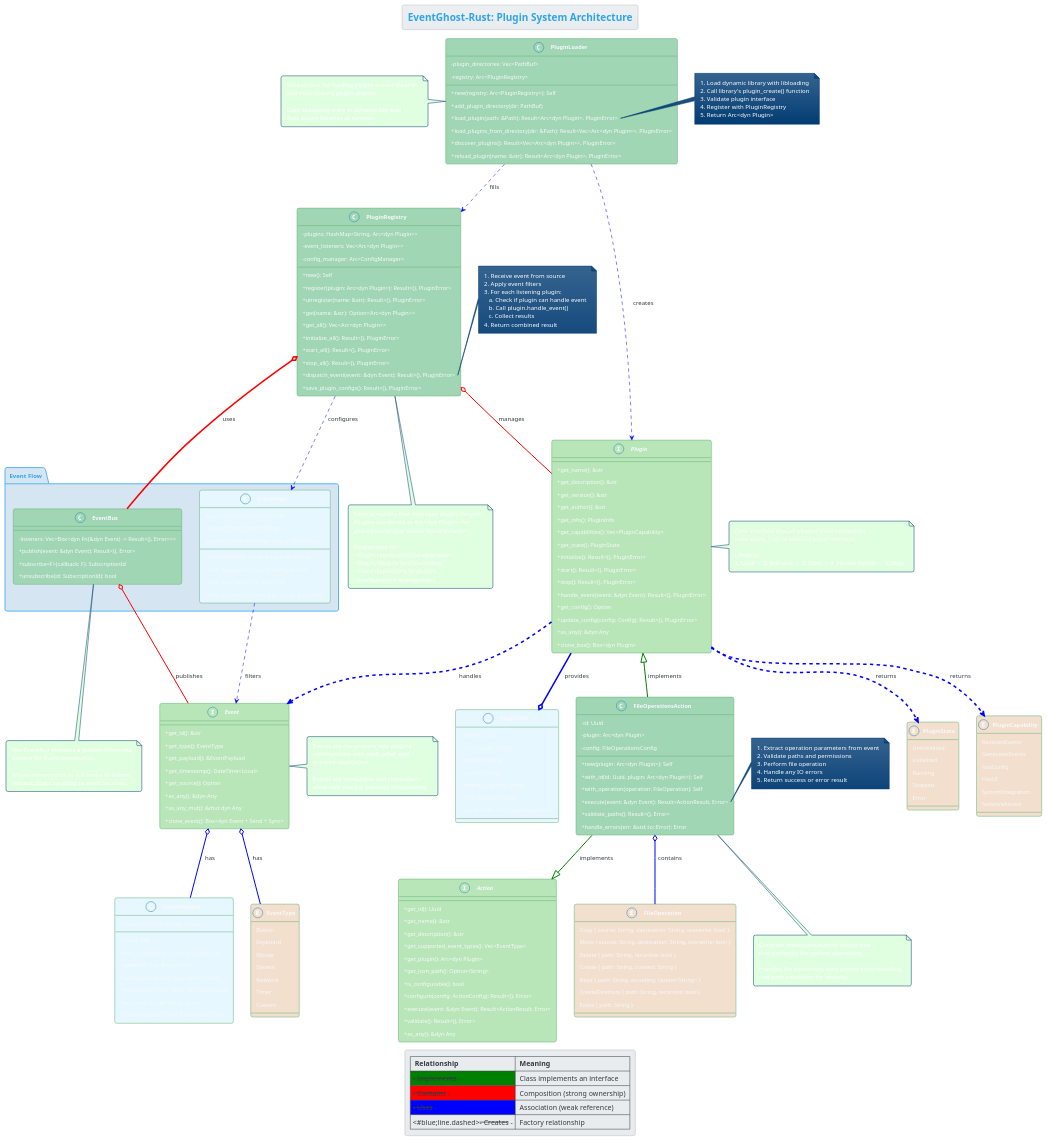
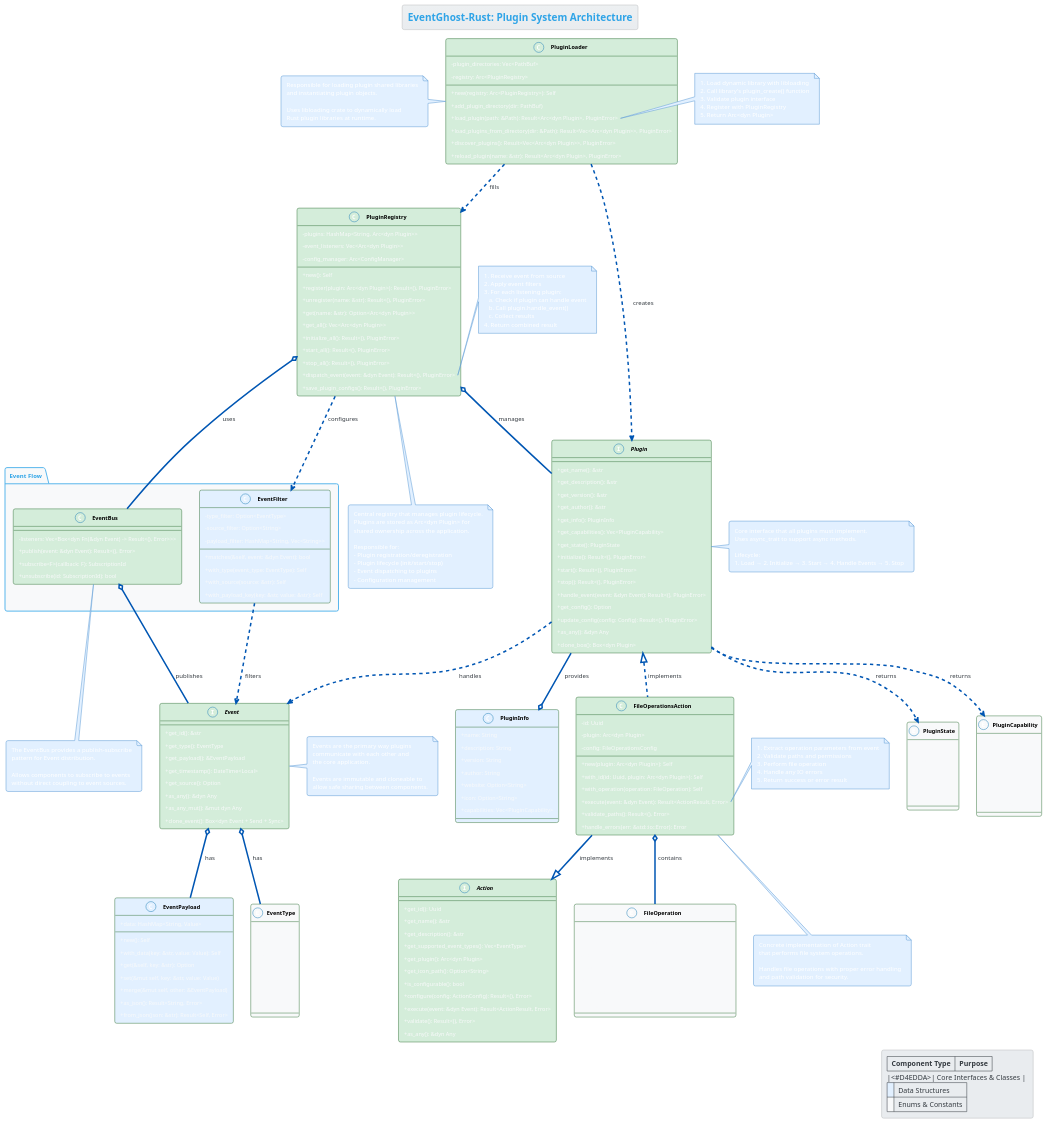
The diagram in docs/uml/plugin_system.puml (DanEdens/EventGhost-Rust), drawn with PlantUML before and after one commit. The commit also changed 3 other files, not shown here.

Commit message:
Improve UML diagram color schemes for better readability

```diff
--- a/docs/uml/plugin_system.puml
+++ b/docs/uml/plugin_system.puml
@@ -2,12 +2,18 @@
 !theme cerulean
 skinparam classAttributeIconSize 0
 skinparam classFontStyle bold
-skinparam classBackgroundColor #FEFEFE
-skinparam classBorderColor #63B175
-skinparam InterfaceBackgroundColor #B8E6B8
-skinparam EnumBackgroundColor #F2DFCE
-skinparam ArrowColor #0066CC
-skinparam packageBackgroundColor #F5F5F5
+skinparam classBackgroundColor #FFFFFF
+skinparam classBorderColor #3D7944
+skinparam InterfaceBackgroundColor #D4EDDA
+skinparam EnumBackgroundColor #F8F9FA
+skinparam ArrowColor #0056B3
+skinparam packageBackgroundColor #FFFFFF
+skinparam NoteBackgroundColor #E2F0FF
+skinparam NoteBorderColor #5B9BD5
+skinparam NoteTextColor #000000
+skinparam ClassFontColor #000000
+skinparam stereotypeCBackgroundColor #F8F9FA
+skinparam stereotypeCBorderColor #5B9BD5
 
 ' Plugin System architecture of the EventGhost-Rust project
 
@@ -15,7 +21,7 @@
 
 ' Define main components of the plugin system
 
-interface Plugin #B8E6B8 {
+interface Plugin #D4EDDA {
   +get_name(): &str
   +get_description(): &str
   +get_version(): &str
@@ -33,7 +39,7 @@
   +clone_box(): Box<dyn Plugin>
 }
 
-enum PluginState #F2DFCE {
+enum PluginState #F8F9FA {
   Uninitialized
   Initialized
   Running
@@ -41,7 +47,7 @@
   Error
 }
 
-enum PluginCapability #F2DFCE {
+enum PluginCapability #F8F9FA {
   ReceivesEvents
   GeneratesEvents
   HasConfig
@@ -50,7 +56,7 @@
   NetworkAccess
 }
 
-class PluginInfo #E6F7FF {
+class PluginInfo #E2F0FF {
   +name: String
   +description: String
   +version: String
@@ -60,7 +66,7 @@
   +capabilities: Vec<PluginCapability>
 }
 
-class PluginRegistry #A0D6B4 {
+class PluginRegistry #D4EDDA {
   -plugins: HashMap<String, Arc<dyn Plugin>>
   -event_listeners: Vec<Arc<dyn Plugin>>
   -config_manager: Arc<ConfigManager>
@@ -76,7 +82,7 @@
   +save_plugin_configs(): Result<(), PluginError>
 }
 
-class PluginLoader #A0D6B4 {
+class PluginLoader #D4EDDA {
   -plugin_directories: Vec<PathBuf>
   -registry: Arc<PluginRegistry>
   +new(registry: Arc<PluginRegistry>): Self
@@ -87,7 +93,7 @@
   +reload_plugin(name: &str): Result<Arc<dyn Plugin>, PluginError>
 }
 
-interface Event #B8E6B8 {
+interface Event #D4EDDA {
   +get_id(): &str
   +get_type(): EventType
   +get_payload(): &EventPayload
@@ -98,7 +104,7 @@
   +clone_event(): Box<dyn Event + Send + Sync>
 }
 
-interface Action #B8E6B8 {
+interface Action #D4EDDA {
   +get_id(): Uuid
   +get_name(): &str
   +get_description(): &str
@@ -112,7 +118,7 @@
   +as_any(): &dyn Any
 }
 
-class EventPayload #E6F7FF {
+class EventPayload #E2F0FF {
   +data: HashMap<String, Value>
   +new(): Self
   +with_data(key: &str, value: Value): Self
@@ -123,7 +129,7 @@
   +from_json(json: &str): Result<Self, Error>
 }
 
-enum EventType #F2DFCE {
+enum EventType #F8F9FA {
   Button
   Keyboard
   Mouse
@@ -133,7 +139,7 @@
   Custom
 }
 
-class FileOperationsAction #A0D6B4 {
+class FileOperationsAction #D4EDDA {
   -id: Uuid
   -plugin: Arc<dyn Plugin>
   -config: FileOperationsConfig
@@ -145,7 +151,7 @@
   +handle_errors(err: &std::io::Error): Error
 }
 
-enum FileOperation #F2DFCE {
+enum FileOperation #F8F9FA {
   Copy { source: String, destination: String, overwrite: bool }
   Move { source: String, destination: String, overwrite: bool }
   Delete { path: String, recursive: bool }
@@ -155,15 +161,15 @@
   Exists { path: String }
 }
 
-package "Event Flow" as EventFlow #D5E5F2 {
-    class EventBus #A0D6B4 {
+package "Event Flow" as EventFlow #F8F9FA {
+    class EventBus #D4EDDA {
         -listeners: Vec<Box<dyn Fn(&dyn Event) -> Result<(), Error>>>
         +publish(event: &dyn Event): Result<(), Error>
         +subscribe<F>(callback: F): SubscriptionId
         +unsubscribe(id: SubscriptionId): bool
     }
     
-    class EventFilter #E6F7FF {
+    class EventFilter #E2F0FF {
         -type_filter: Option<EventType>
         -source_filter: Option<String>
         -payload_filter: HashMap<String, Vec<String>>
@@ -175,31 +181,31 @@
 }
 
 ' Define relationships
-Plugin <|.. FileOperationsAction #line:green;line.bold : implements
+Plugin <|.. FileOperationsAction : implements
 
-FileOperationsAction --|> Action #line:green;line.bold : implements
-FileOperationsAction o-- FileOperation #line:blue;line.bold : contains
+FileOperationsAction --|> Action : implements
+FileOperationsAction o-- FileOperation : contains
 
-PluginRegistry o-- Plugin #line:red;line.bold : manages
-PluginLoader ..> Plugin #line:blue;line.dashed : creates
-PluginLoader ..> PluginRegistry #line:blue;line.dashed : fills
+PluginRegistry o-- Plugin : manages
+PluginLoader ..> Plugin : creates
+PluginLoader ..> PluginRegistry : fills
 
-Plugin ..> Event #line:blue : handles
-Plugin --o PluginInfo #line:blue : provides
-Plugin ..> PluginState #line:blue : returns
-Plugin ..> PluginCapability #line:blue : returns
+Plugin ..> Event : handles
+Plugin --o PluginInfo : provides
+Plugin ..> PluginState : returns
+Plugin ..> PluginCapability : returns
 
-Event o-- EventType #line:blue;line.bold : has
-Event o-- EventPayload #line:blue;line.bold : has
+Event o-- EventType : has
+Event o-- EventPayload : has
 
-EventFlow.EventBus o-- Event #line:red;line.bold : publishes
-EventFlow.EventFilter ..> Event #line:blue;line.dashed : filters
+EventFlow.EventBus o-- Event : publishes
+EventFlow.EventFilter ..> Event : filters
 
-PluginRegistry o-- EventFlow.EventBus #line:red : uses
-PluginRegistry ..> EventFlow.EventFilter #line:blue;line.dashed : configures
+PluginRegistry o-- EventFlow.EventBus : uses
+PluginRegistry ..> EventFlow.EventFilter : configures
 
 ' Sequence diagrams and process flows
-note right of PluginRegistry::dispatch_event
+note right of PluginRegistry::dispatch_event #E2F0FF
   1. Receive event from source
   2. Apply event filters
   3. For each listening plugin:
@@ -209,7 +215,7 @@
   4. Return combined result
 end note
 
-note right of PluginLoader::load_plugin
+note right of PluginLoader::load_plugin #E2F0FF
   1. Load dynamic library with libloading
   2. Call library's plugin_create() function
   3. Validate plugin interface
@@ -217,7 +223,7 @@
   5. Return Arc<dyn Plugin>
 end note
 
-note right of FileOperationsAction::execute
+note right of FileOperationsAction::execute #E2F0FF
   1. Extract operation parameters from event
   2. Validate paths and permissions
   3. Perform file operation
@@ -226,7 +232,7 @@
 end note
 
 ' Notes
-note right of Plugin #E0FFE0
+note right of Plugin #E2F0FF
   Core interface that all plugins must implement.
   Uses async_trait to support async methods.
   
@@ -234,7 +240,7 @@
   1. Load → 2. Initialize → 3. Start → 4. Handle Events → 5. Stop
 end note
 
-note bottom of PluginRegistry #E0FFE0
+note bottom of PluginRegistry #E2F0FF
   Central registry that manages plugin lifecycle.
   Plugins are stored as Arc<dyn Plugin> for
   shared ownership across the application.
@@ -246,7 +252,7 @@
   - Configuration management
 end note
 
-note bottom of FileOperationsAction #E0FFE0
+note bottom of FileOperationsAction #E2F0FF
   Concrete implementation of Action trait
   that performs file system operations.
   
@@ -254,7 +260,7 @@
   and path validation for security.
 end note
 
-note left of PluginLoader #E0FFE0
+note left of PluginLoader #E2F0FF
   Responsible for loading plugin shared libraries
   and instantiating plugin objects.
   
@@ -262,7 +268,7 @@
   Rust plugin libraries at runtime.
 end note
 
-note right of Event #E0FFE0
+note right of Event #E2F0FF
   Events are the primary way plugins
   communicate with each other and
   the core application.
@@ -271,7 +277,7 @@
   allow safe sharing between components.
 end note
 
-note bottom of EventFlow.EventBus #E0FFE0
+note bottom of EventFlow.EventBus #E2F0FF
   The EventBus provides a publish-subscribe
   pattern for Event distribution.
   
@@ -282,19 +288,9 @@
 ' Color legend
 legend right
   |= Component Type |= Purpose |
-  |<#B8E6B8>| Core Interfaces | 
-  |<#A0D6B4>| Main Plugin System Classes |
-  |<#E6F7FF>| Data Structures |
-  |<#F2DFCE>| Enums & Constants |
-endlegend
-
-' Relationship legend
-legend bottom
-  |= Relationship |= Meaning |
-  |<#green>--- Implements ---| Class implements an interface |
-  |<#red>--- Contains ---| Composition (strong ownership) |
-  |<#blue>--- Uses ---| Association (weak reference) |
-  |<#blue;line.dashed>--- Creates ---| Factory relationship |
+  |<#D4EDDA>| Core Interfaces & Classes | 
+  |<#E2F0FF>| Data Structures |
+  |<#F8F9FA>| Enums & Constants |
 endlegend
 
 @enduml 
```
